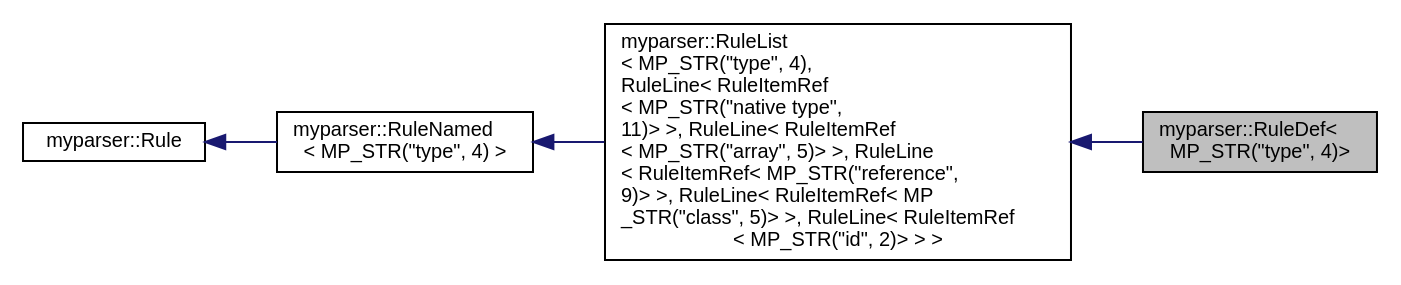
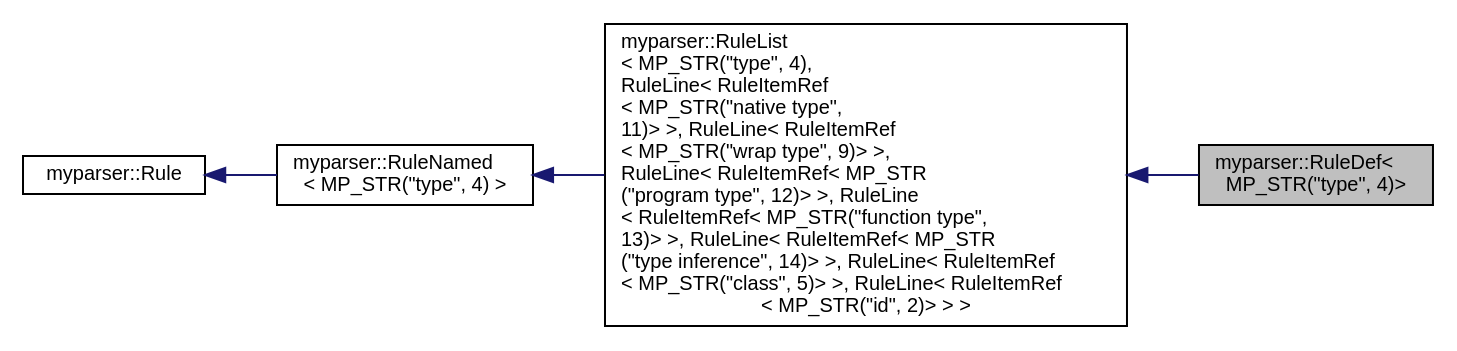
The diagram in classmyparser_1_1RuleDef_3_01MP__STR_07"type"_00_014_08_4__coll__graph.dot (gaocegege/CompilerLab), drawn with Graphviz before and after one commit. The commit also changed 675 other files, not shown here.

```diff
--- a/classmyparser_1_1RuleDef_3_01MP__STR_07"type"_00_014_08_4__coll__graph.dot
+++ b/classmyparser_1_1RuleDef_3_01MP__STR_07"type"_00_014_08_4__coll__graph.dot
@@ -1,13 +1,13 @@
 digraph "myparser::RuleDef&lt; MP_STR(&quot;type&quot;, 4)&gt;"
 {
   edge [fontname="Helvetica",fontsize="10",labelfontname="Helvetica",labelfontsize="10"];
   node [fontname="Helvetica",fontsize="10",shape=record];
   rankdir="LR";
   Node1 [label="myparser::RuleDef\<\l MP_STR(\"type\", 4)\>",height=0.2,width=0.4,color="black", fillcolor="grey75", style="filled" fontcolor="black"];
   Node2 -> Node1 [dir="back",color="midnightblue",fontsize="10",style="solid",fontname="Helvetica"];
-  Node2 [label="myparser::RuleList\l\< MP_STR(\"type\", 4),\l RuleLine\< RuleItemRef\l\< MP_STR(\"native type\",\l 11)\> \>, RuleLine\< RuleItemRef\l\< MP_STR(\"array\", 5)\> \>, RuleLine\l\< RuleItemRef\< MP_STR(\"reference\",\l 9)\> \>, RuleLine\< RuleItemRef\< MP\l_STR(\"class\", 5)\> \>, RuleLine\< RuleItemRef\l\< MP_STR(\"id\", 2)\> \> \>",height=0.2,width=0.4,color="black", fillcolor="white", style="filled",URL="$classmyparser_1_1RuleList.html"];
+  Node2 [label="myparser::RuleList\l\< MP_STR(\"type\", 4),\l RuleLine\< RuleItemRef\l\< MP_STR(\"native type\",\l 11)\> \>, RuleLine\< RuleItemRef\l\< MP_STR(\"wrap type\", 9)\> \>,\l RuleLine\< RuleItemRef\< MP_STR\l(\"program type\", 12)\> \>, RuleLine\l\< RuleItemRef\< MP_STR(\"function type\",\l 13)\> \>, RuleLine\< RuleItemRef\< MP_STR\l(\"type inference\", 14)\> \>, RuleLine\< RuleItemRef\l\< MP_STR(\"class\", 5)\> \>, RuleLine\< RuleItemRef\l\< MP_STR(\"id\", 2)\> \> \>",height=0.2,width=0.4,color="black", fillcolor="white", style="filled",URL="$classmyparser_1_1RuleList.html"];
   Node3 -> Node2 [dir="back",color="midnightblue",fontsize="10",style="solid",fontname="Helvetica"];
   Node3 [label="myparser::RuleNamed\l\< MP_STR(\"type\", 4) \>",height=0.2,width=0.4,color="black", fillcolor="white", style="filled",URL="$classmyparser_1_1RuleNamed.html"];
   Node4 -> Node3 [dir="back",color="midnightblue",fontsize="10",style="solid",fontname="Helvetica"];
   Node4 [label="myparser::Rule",height=0.2,width=0.4,color="black", fillcolor="white", style="filled",URL="$classmyparser_1_1Rule.html"];
 }
```
